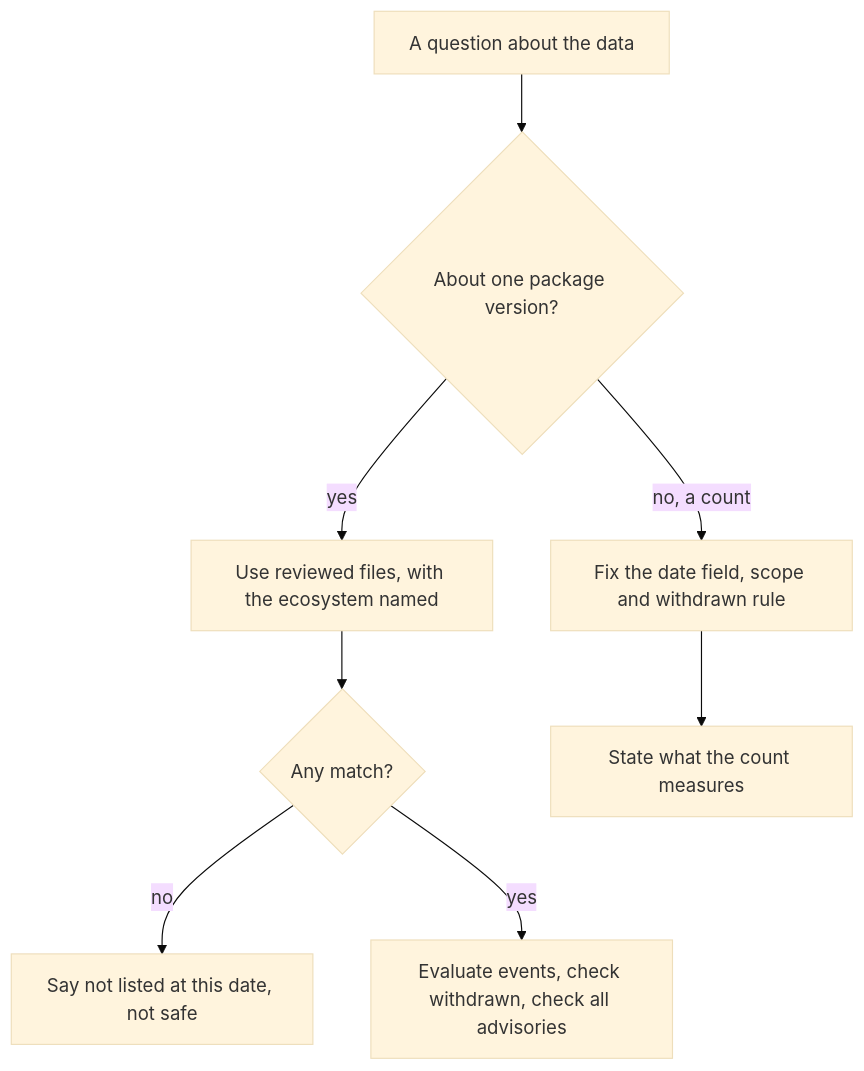
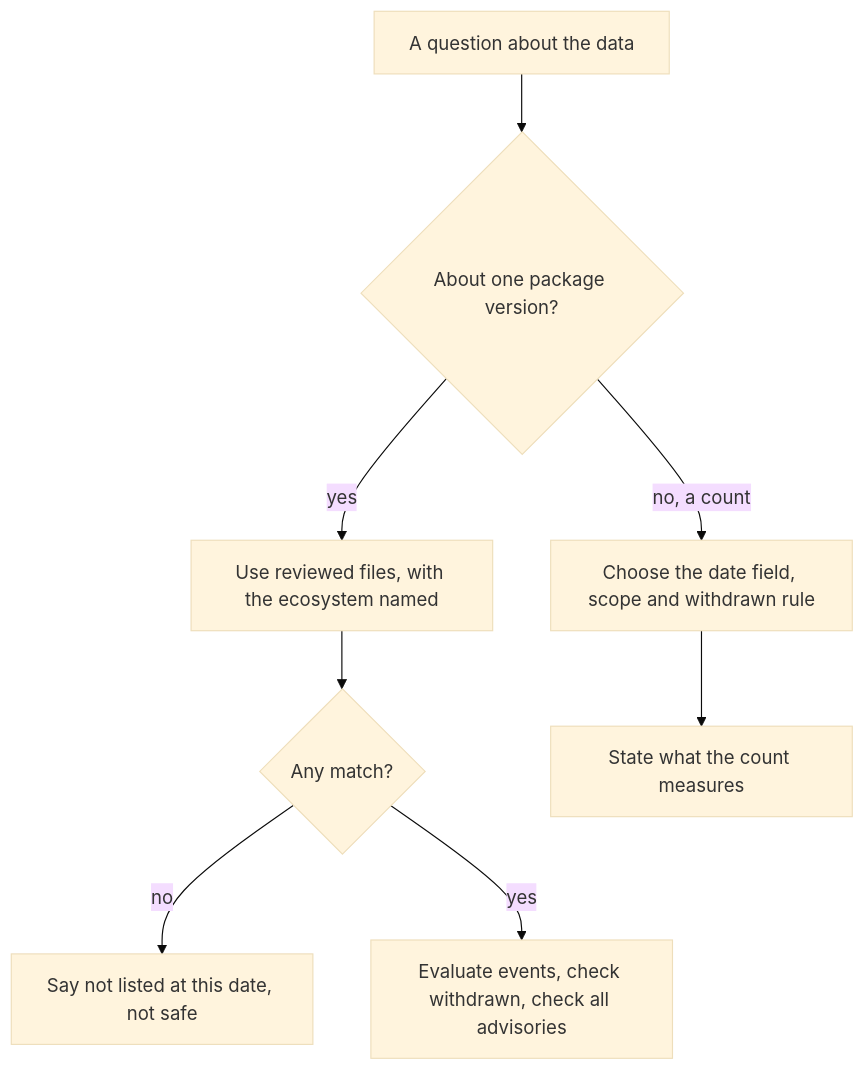
Before and after one commit to rya-sge/access-denied: the diagram in _posts/2026-11-05-github-advisory-database-what-the-data-says.md, drawn with Mermaid (base theme). The commit also changed other lines of this file and 24 other files, not shown here.

````diff
--- a/_posts/2026-11-05-github-advisory-database-what-the-data-says.md
+++ b/_posts/2026-11-05-github-advisory-database-what-the-data-says.md
@@ -234,10 +261,10 @@
 ```mermaid
 flowchart TD
     Q["A question about the data"] --> A{"About one package version?"}
     A -->|"yes"| B["Use reviewed files, with the ecosystem named"]
     B --> C{"Any match?"}
     C -->|"no"| D["Say not listed at this date, not safe"]
     C -->|"yes"| E["Evaluate events, check withdrawn, check all advisories"]
-    A -->|"no, a count"| F["Fix the date field, scope and withdrawn rule"]
+    A -->|"no, a count"| F["Choose the date field, scope and withdrawn rule"]
     F --> G["State what the count measures"]
 ```
````
